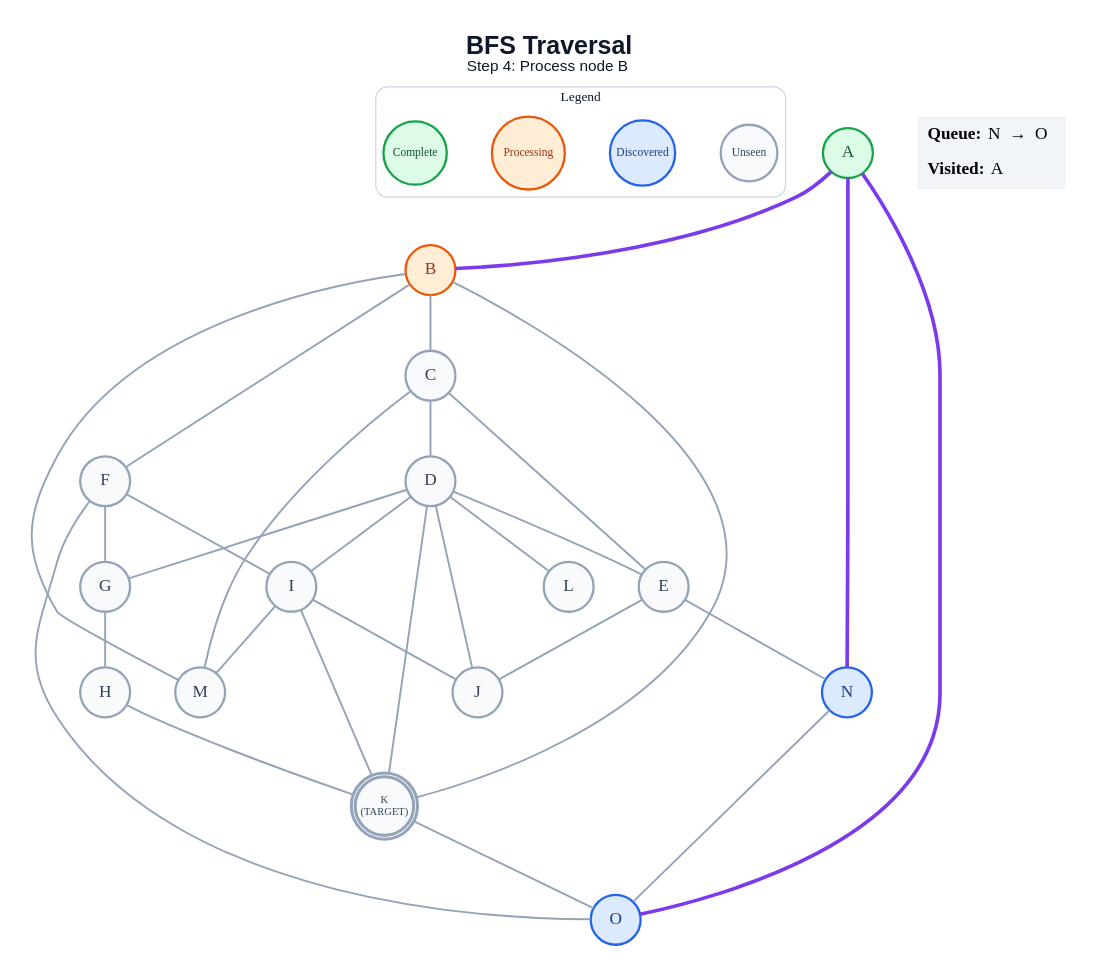
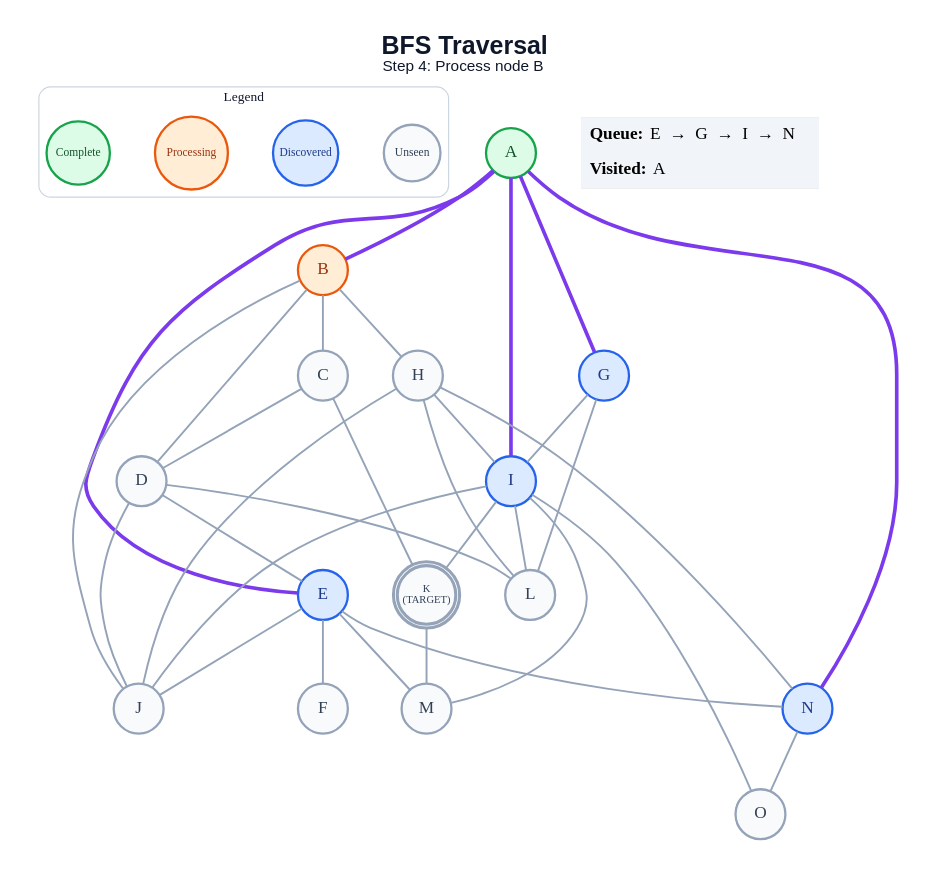
One commit to anon7238593-create/ai-slop changed the diagram in generated/short-circuit/bfs/step_04.dot. Above: the diagram before and after it, drawn with Graphviz. The commit also changed 275 other files, not shown here.

```diff
--- a/generated/short-circuit/bfs/step_04.dot
+++ b/generated/short-circuit/bfs/step_04.dot
@@ -1,62 +1,65 @@
 graph traversal {
   graph [layout=dot, rankdir=TB, bgcolor="#FFFFFF", pad="0.35", nodesep="0.65", ranksep="0.8", fontname="Arial"];
   node [shape=circle, style="filled", fontname="Arial Bold", fontsize=18, width=0.72, fixedsize=true, penwidth=2.4];
   edge [color="#94A3B8", penwidth=2.0];
   label=<<B>BFS Traversal</B><BR/><FONT POINT-SIZE="16">Step 4: Process node B</FONT>>; labelloc="t"; fontsize=26; fontname="Arial"; fontcolor="#0F172A";
   subgraph cluster_legend { label="Legend"; color="#CBD5E1"; penwidth=1.2; style="rounded"; fontsize=14; fontname="Arial Bold";
     key_unseen [label="Unseen", fillcolor="#F8FAFC", color="#94A3B8", fontcolor="#334155", fontsize=12, width=0.82];
     key_frontier [label="Discovered", fillcolor="#DBEAFE", color="#2563EB", fontcolor="#1E3A8A", fontsize=12, width=0.95];
     key_current [label="Processing", fillcolor="#FFEDD5", color="#EA580C", fontcolor="#9A3412", fontsize=12, width=1.05];
     key_done [label="Complete", fillcolor="#DCFCE7", color="#16A34A", fontcolor="#14532D", fontsize=12, width=0.92];
     { rank=same; key_unseen; key_frontier; key_current; key_done; }
   }
   A [label="A", fillcolor="#DCFCE7", color="#16A34A", fontcolor="#14532D", peripheries=1, penwidth=2.4];
   B [label="B", fillcolor="#FFEDD5", color="#EA580C", fontcolor="#9A3412", peripheries=1, penwidth=2.4];
   C [label="C", fillcolor="#F8FAFC", color="#94A3B8", fontcolor="#334155", peripheries=1, penwidth=2.4];
   D [label="D", fillcolor="#F8FAFC", color="#94A3B8", fontcolor="#334155", peripheries=1, penwidth=2.4];
-  E [label="E", fillcolor="#F8FAFC", color="#94A3B8", fontcolor="#334155", peripheries=1, penwidth=2.4];
+  E [label="E", fillcolor="#DBEAFE", color="#2563EB", fontcolor="#1E3A8A", peripheries=1, penwidth=2.4];
   F [label="F", fillcolor="#F8FAFC", color="#94A3B8", fontcolor="#334155", peripheries=1, penwidth=2.4];
-  G [label="G", fillcolor="#F8FAFC", color="#94A3B8", fontcolor="#334155", peripheries=1, penwidth=2.4];
+  G [label="G", fillcolor="#DBEAFE", color="#2563EB", fontcolor="#1E3A8A", peripheries=1, penwidth=2.4];
   H [label="H", fillcolor="#F8FAFC", color="#94A3B8", fontcolor="#334155", peripheries=1, penwidth=2.4];
-  I [label="I", fillcolor="#F8FAFC", color="#94A3B8", fontcolor="#334155", peripheries=1, penwidth=2.4];
+  I [label="I", fillcolor="#DBEAFE", color="#2563EB", fontcolor="#1E3A8A", peripheries=1, penwidth=2.4];
   J [label="J", fillcolor="#F8FAFC", color="#94A3B8", fontcolor="#334155", peripheries=1, penwidth=2.4];
   K [label="K\n(TARGET)", fillcolor="#F8FAFC", color="#94A3B8", fontcolor="#334155", peripheries=2, penwidth=3.2, fontsize=11, width=0.85, height=0.85];
   L [label="L", fillcolor="#F8FAFC", color="#94A3B8", fontcolor="#334155", peripheries=1, penwidth=2.4];
   M [label="M", fillcolor="#F8FAFC", color="#94A3B8", fontcolor="#334155", peripheries=1, penwidth=2.4];
   N [label="N", fillcolor="#DBEAFE", color="#2563EB", fontcolor="#1E3A8A", peripheries=1, penwidth=2.4];
-  O [label="O", fillcolor="#DBEAFE", color="#2563EB", fontcolor="#1E3A8A", peripheries=1, penwidth=2.4];
+  O [label="O", fillcolor="#F8FAFC", color="#94A3B8", fontcolor="#334155", peripheries=1, penwidth=2.4];
   A -- B [color="#7C3AED", penwidth=3.8];
+  A -- E [color="#7C3AED", penwidth=3.8];
+  A -- G [color="#7C3AED", penwidth=3.8];
+  A -- I [color="#7C3AED", penwidth=3.8];
   A -- N [color="#7C3AED", penwidth=3.8];
-  A -- O [color="#7C3AED", penwidth=3.8];
   B -- C;
-  B -- F;
-  B -- K;
-  B -- M;
+  B -- D;
+  B -- H;
+  B -- J;
   C -- D;
-  C -- E;
-  C -- M;
+  C -- K;
   D -- E;
-  D -- G;
-  D -- I;
   D -- J;
-  D -- K;
   D -- L;
+  E -- F;
   E -- J;
+  E -- M;
   E -- N;
-  F -- G;
-  F -- I;
-  F -- O;
-  G -- H;
-  H -- K;
+  G -- I;
+  G -- L;
+  H -- I;
+  H -- J;
+  H -- L;
+  H -- N;
   I -- J;
   I -- K;
+  I -- L;
   I -- M;
-  K -- O;
+  I -- O;
+  K -- M;
   N -- O;
   status [shape=plain, fixedsize=false, width=0, height=0, margin=0, label=<
     <TABLE BORDER="0" CELLBORDER="0" CELLPADDING="7" BGCOLOR="#F1F5F9">
-      <TR><TD ALIGN="LEFT"><B>Queue:</B> N  →  O</TD></TR>
+      <TR><TD ALIGN="LEFT"><B>Queue:</B> E  →  G  →  I  →  N</TD></TR>
       <TR><TD ALIGN="LEFT"><B>Visited:</B> A</TD></TR>
     </TABLE>
   >];
 }
```
